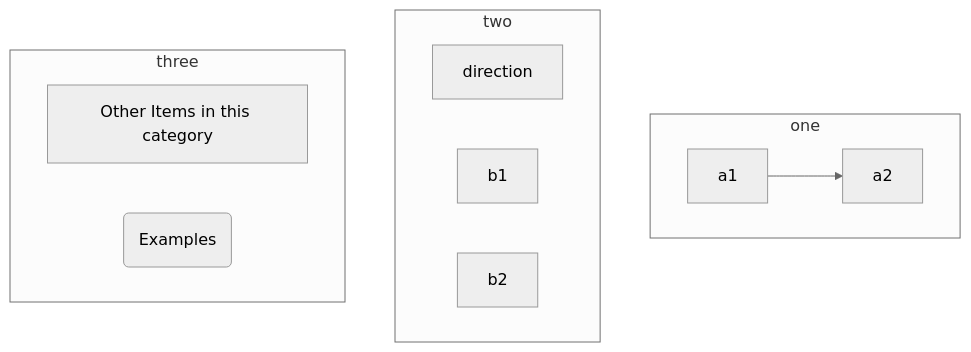
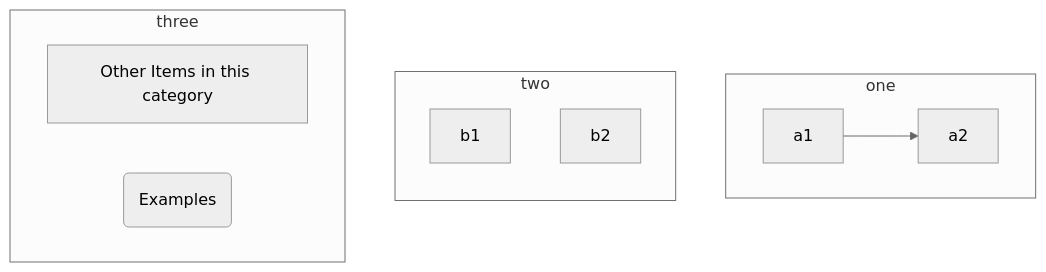
One commit to gerbssusd/dok changed the diagram in slides.md. Above: the diagram before and after it, drawn with Mermaid (neutral theme).

````diff
--- a/slides.md
+++ b/slides.md
@@ -217,23 +217,23 @@
 ```mermaid
 flowchart TB
     subgraph one 
      direction LR
     a1-->a2
     end
     subgraph two
-      direction 
+      direction TB
     b1
     b2
     end
     subgraph three 
       direction LR
     c1[Other Items in this category] 
     c2(Examples)
     end
 
 
 
 
 
 
 ```
````
